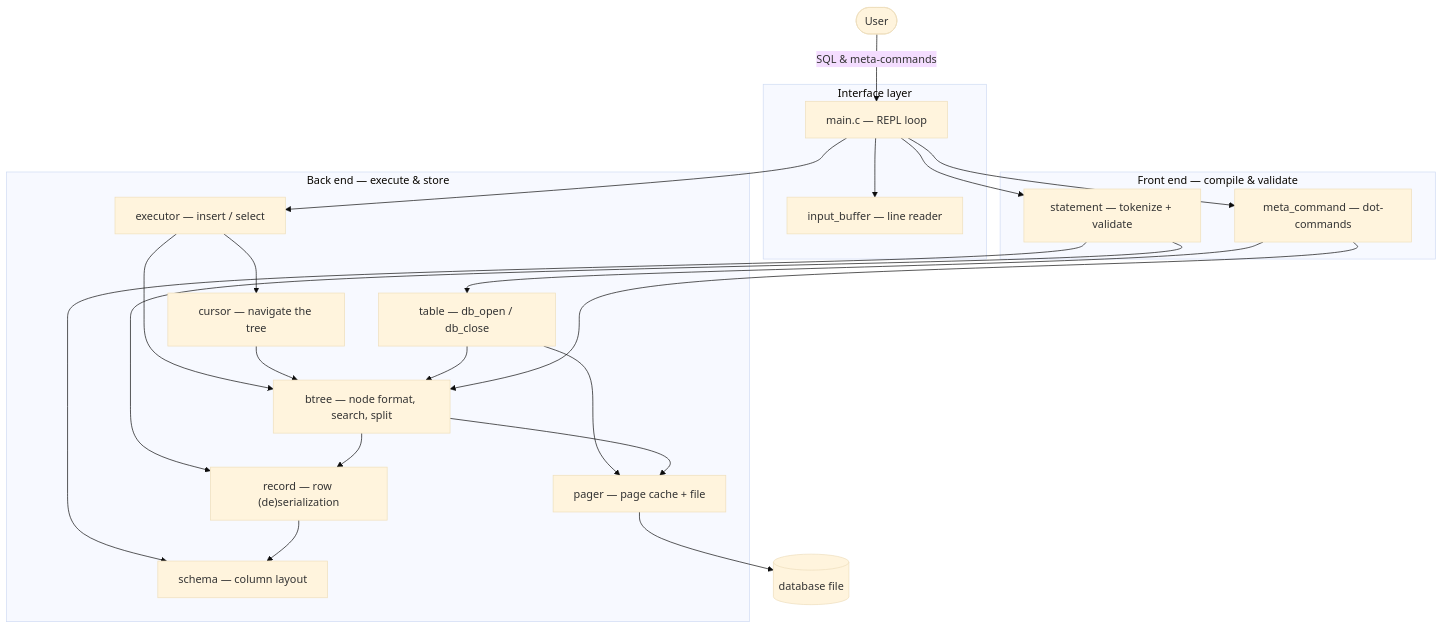
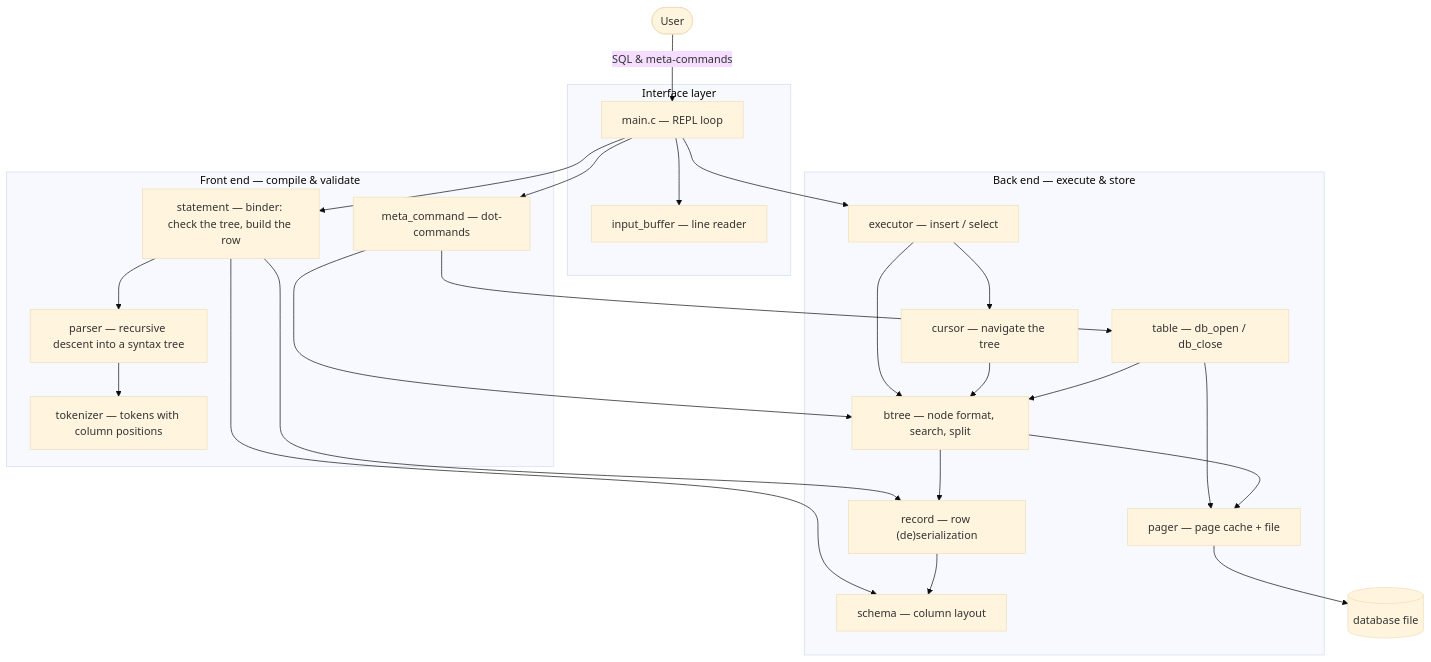
Before and after one commit to Rohitangshu2026/mini-sql: the first of 20 diagrams in README.md, drawn with Mermaid (base theme). The commit also changed other lines of this file, not shown here.

````diff
--- a/README.md
+++ b/README.md
@@ -131,44 +141,48 @@
 ```mermaid
 flowchart TD
     User([User]) -->|SQL & meta-commands| REPL
 
     subgraph Interface["Interface layer"]
         REPL["main.c — REPL loop"]
         IB["input_buffer — line reader"]
     end
 
     subgraph Frontend["Front end — compile & validate"]
         META["meta_command — dot-commands"]
-        STMT["statement — tokenize + validate"]
+        STMT["statement — binder: check the tree, build the row"]
+        PARSE["parser — recursive descent into a syntax tree"]
+        TOK["tokenizer — tokens with column positions"]
     end
 
     subgraph Backend["Back end — execute & store"]
         EXEC["executor — insert / select"]
         CUR["cursor — navigate the tree"]
         TABLE["table — db_open / db_close"]
         BTREE["btree — node format, search, split"]
         REC["record — row (de)serialization"]
         SCHEMA["schema — column layout"]
         PAGER["pager — page cache + file"]
     end
 
     FILE[("database file")]
 
     REPL --> IB
     REPL --> META
     REPL --> STMT
     REPL --> EXEC
+    STMT --> PARSE
+    PARSE --> TOK
     STMT --> REC
     STMT --> SCHEMA
     EXEC --> CUR
     EXEC --> BTREE
     CUR --> BTREE
     TABLE --> BTREE
     TABLE --> PAGER
     META --> BTREE
     META --> TABLE
     BTREE --> PAGER
     BTREE --> REC
     REC --> SCHEMA
     PAGER --> FILE
 ```
````
